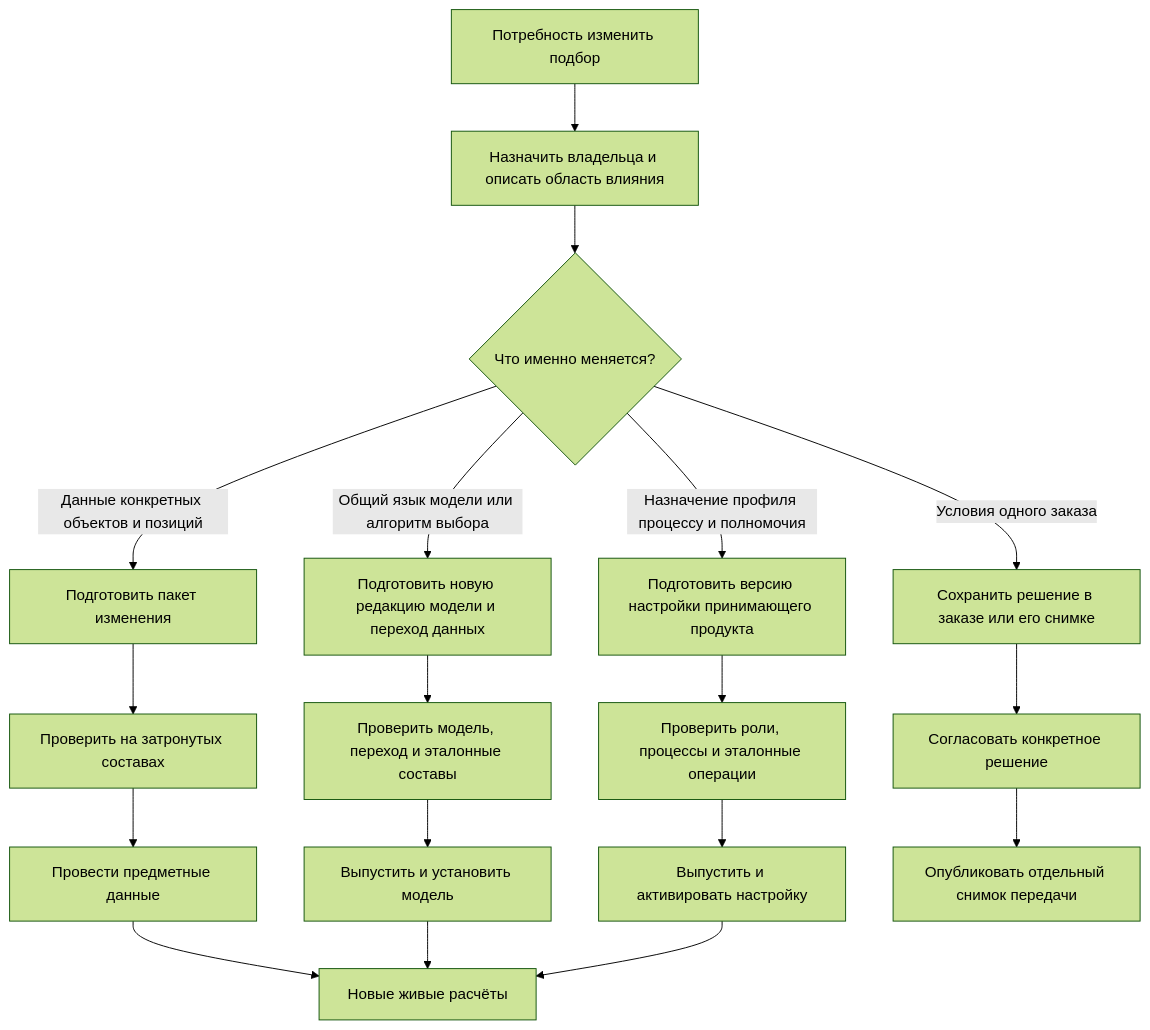
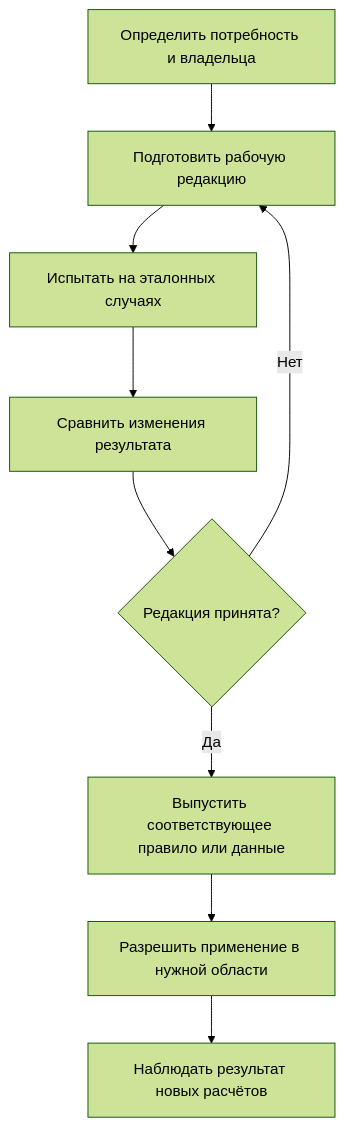
The first of 2 diagrams in docs/version-selection/19-selection-rule-lifecycle.md (ZelAnton/Interlink-product-book), drawn with Mermaid (forest theme) before and after one commit. The commit also changed other lines of this file and 231 other files, not shown here.

````diff
--- a/docs/version-selection/19-selection-rule-lifecycle.md
+++ b/docs/version-selection/19-selection-rule-lifecycle.md
@@ -50,20 +26,11 @@
 ```mermaid
 flowchart TD
-    A["Потребность изменить подбор"] --> B["Назначить владельца и описать область влияния"]
-    B --> C{"Что именно меняется?"}
-    C -->|"Данные конкретных объектов и позиций"| D["Подготовить пакет изменения"]
-    C -->|"Общий язык модели или алгоритм выбора"| E["Подготовить новую редакцию модели и переход данных"]
-    C -->|"Назначение профиля процессу и полномочия"| F["Подготовить версию настройки принимающего продукта"]
-    C -->|"Условия одного заказа"| G["Сохранить решение в заказе или его снимке"]
-    D --> H["Проверить на затронутых составах"]
-    E --> I["Проверить модель, переход и эталонные составы"]
-    F --> J["Проверить роли, процессы и эталонные операции"]
-    G --> K["Согласовать конкретное решение"]
-    H --> L["Провести предметные данные"]
-    I --> M["Выпустить и установить модель"]
-    J --> N["Выпустить и активировать настройку"]
-    K --> O["Опубликовать отдельный снимок передачи"]
-    L --> P["Новые живые расчёты"]
-    M --> P
-    N --> P
+    A["Определить потребность и владельца"] --> B["Подготовить рабочую редакцию"]
+    B --> C["Испытать на эталонных случаях"]
+    C --> D["Сравнить изменения результата"]
+    D --> E{"Редакция принята?"}
+    E -->|Нет| B
+    E -->|Да| F["Выпустить соответствующее правило или данные"]
+    F --> G["Разрешить применение в нужной области"]
+    G --> H["Наблюдать результат новых расчётов"]
 ```
````
